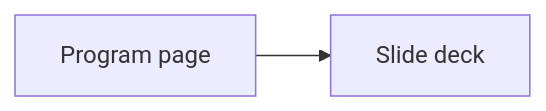
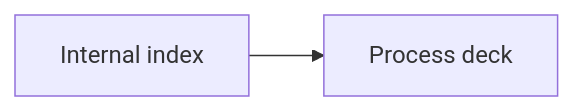
Before and after one commit to redrhino-online/red-canon: the diagram in internal/program-decks-spec.md, drawn with Mermaid. The commit also changed other lines of this file and 24 other files, not shown here.

````diff
--- a/internal/program-decks-spec.md
+++ b/internal/program-decks-spec.md
@@ -79,4 +85,4 @@
 ```mermaid
 flowchart LR
-    A[Program page] --> B[Slide deck]
+    A[Internal index] --> B[Process deck]
 ```
````
